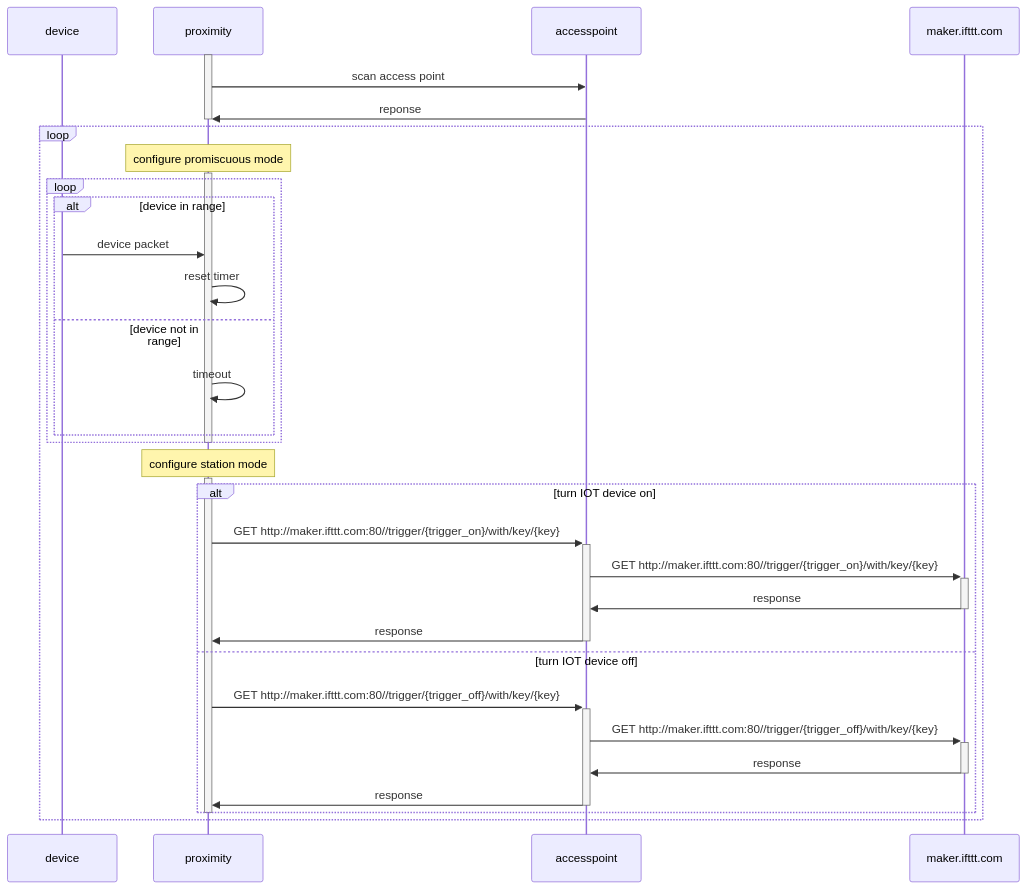
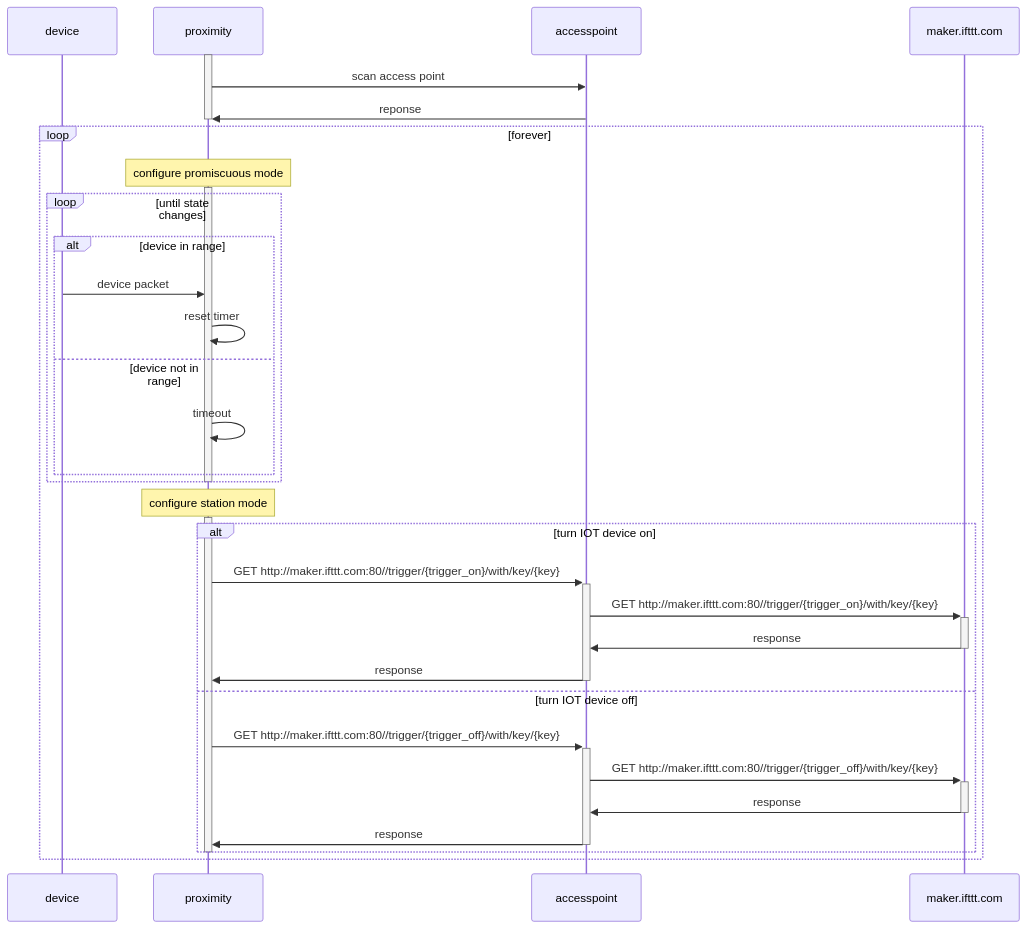
The diagram in README.md (smcolash/proximity), drawn with Mermaid before and after one commit.

````diff
--- a/README.md
+++ b/README.md
@@ -29,45 +29,45 @@
 ```mermaid
 sequenceDiagram
   participant D as device
   participant P as proximity
   participant A as accesspoint
   participant I as maker.ifttt.com
 
   activate P
   P->>A: scan access point
   A->>P: reponse
   deactivate P
 
-  loop
+  loop forever
     note over P: configure promiscuous mode
 
     activate P
-    loop
+    loop until state changes
     alt device in range
       D->>P: device packet
       P->>P: reset timer
     else device not in range
       P->>P: timeout
     end
     end
     deactivate P
 
     note over P: configure station mode
     activate P
     alt turn IOT device on
       P->>+A: GET http://maker.ifttt.com:80//trigger/{trigger_on}/with/key/{key}
       A->>+I: GET http://maker.ifttt.com:80//trigger/{trigger_on}/with/key/{key}
       I->>-A: response
       A->>-P: response
     else turn IOT device off
       P->>+A: GET http://maker.ifttt.com:80//trigger/{trigger_off}/with/key/{key}
       A->>+I: GET http://maker.ifttt.com:80//trigger/{trigger_off}/with/key/{key}
       I->>-A: response
       A->>-P: response
     end
     deactivate P
 end
 
 
 
 ```
````
